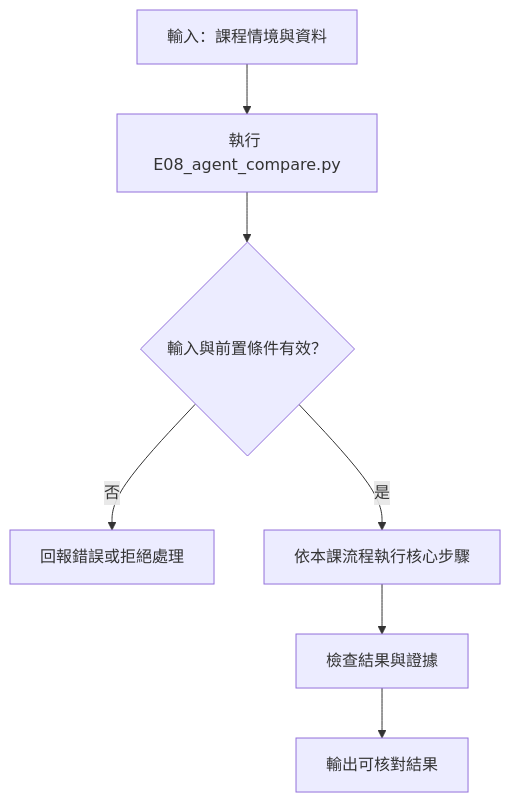
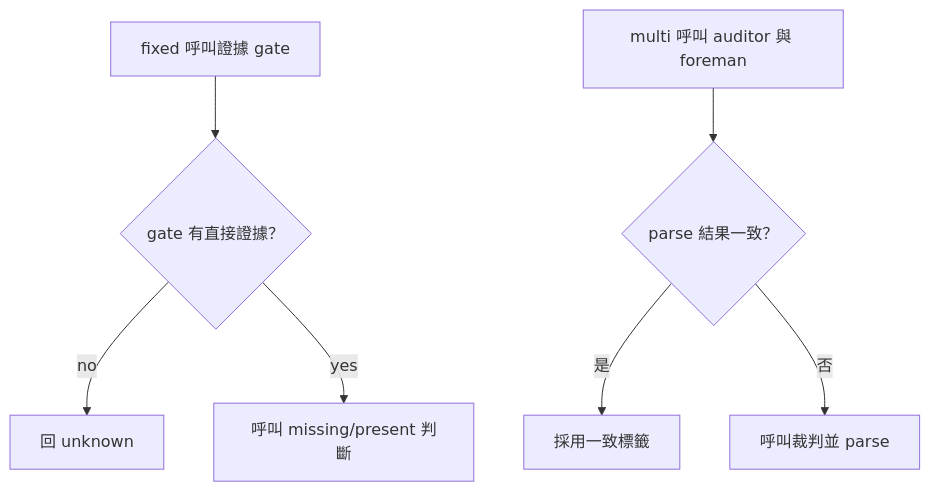
The fifth of 5 diagrams in 43-agent-compare.md (4-learn/LLM-demo), drawn with Mermaid before and after one commit. The commit also changed other lines of this file and 66 other files, not shown here.

Commit message:
[pm] docs: expand lesson diagrams and fix course mapping (#17)

````diff
--- a/43-agent-compare.md
+++ b/43-agent-compare.md
@@ -11,9 +110,9 @@
 ```mermaid
 flowchart TD
-    A[輸入：課程情境與資料] --> B[執行 E08_agent_compare.py]
-    B --> C{輸入與前置條件有效？}
-    C -- 否 --> D[回報錯誤或拒絕處理]
-    C -- 是 --> E[依本課流程執行核心步驟]
-    E --> F[檢查結果與證據]
-    F --> G[輸出可核對結果]
+    A[fixed 呼叫證據 gate] --> B{gate 有直接證據？}
+    B -- no --> C[回 unknown]
+    B -- yes --> D[呼叫 missing/present 判斷]
+    E[multi 呼叫 auditor 與 foreman] --> F{parse 結果一致？}
+    F -- 是 --> G[採用一致標籤]
+    F -- 否 --> H[呼叫裁判並 parse]
 ```
````
